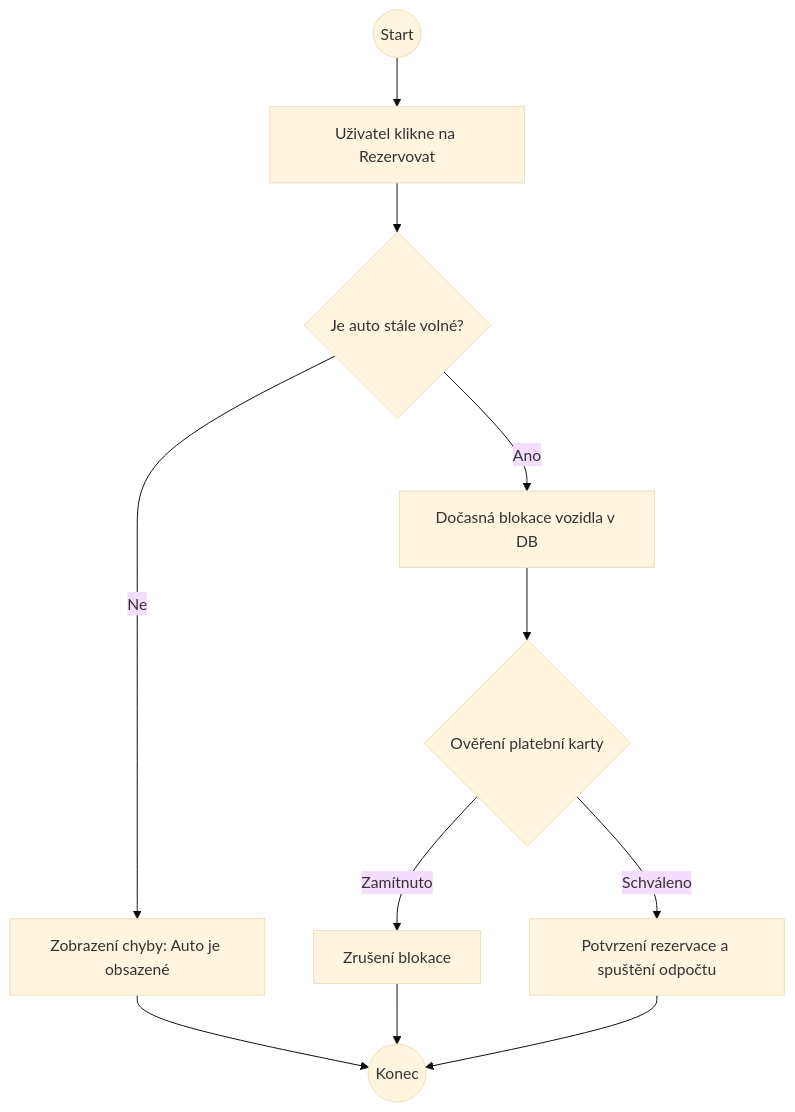
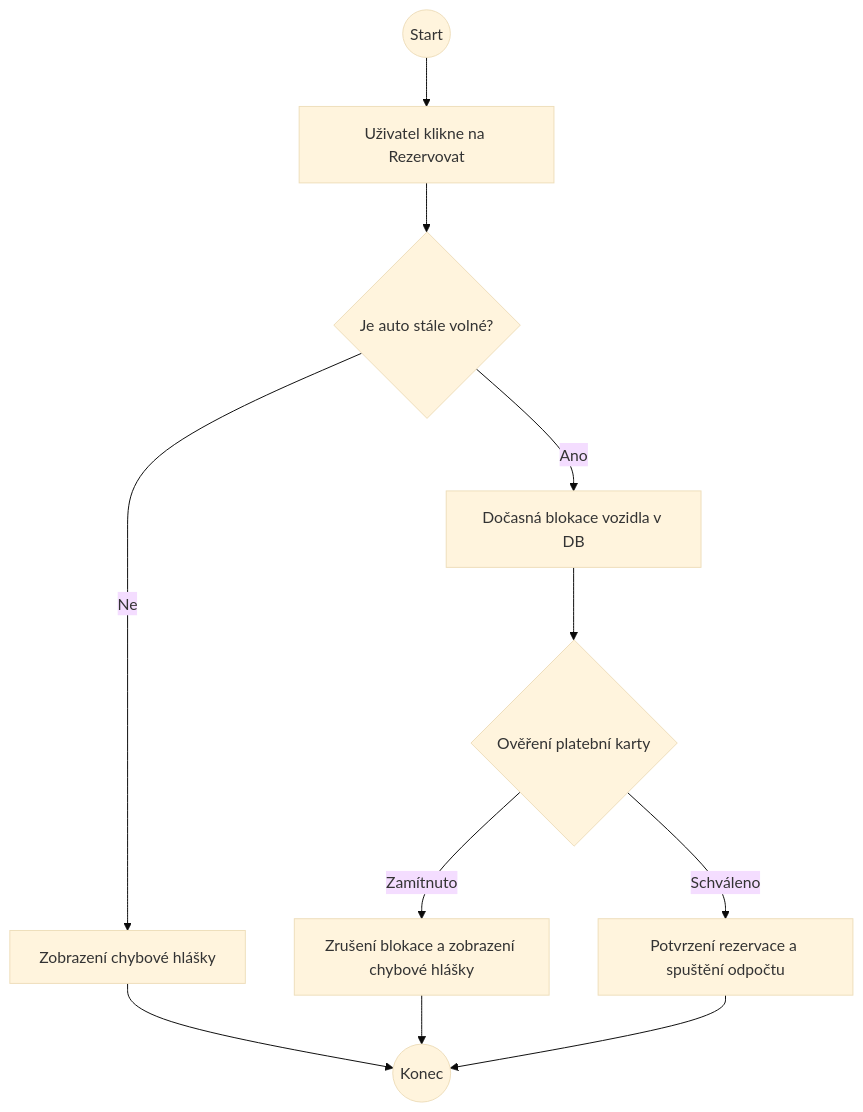
One commit to CrimsonRubyRose/KSWI changed the sixth of 14 diagrams in Full.md. Above: the diagram before and after it, drawn with Mermaid (base theme).

````diff
--- a/Full.md
+++ b/Full.md
@@ -64,13 +64,13 @@
 ```mermaid
 flowchart TD
     Start((Start)) --> Select[Uživatel klikne na Rezervovat]
     Select --> Check{Je auto stále volné?}
-    Check -- Ne --> Error[Zobrazení chyby: Auto je obsazené]
+    Check -- Ne --> Error[Zobrazení chybové hlášky]
     Check -- Ano --> Lock[Dočasná blokace vozidla v DB]
     Lock --> Pay{Ověření platební karty}
-    Pay -- Zamítnuto --> Cancel[Zrušení blokace]
+    Pay -- Zamítnuto --> Cancel[Zrušení blokace a zobrazení chybové hlášky]
     Pay -- Schváleno --> Confirm[Potvrzení rezervace a spuštění odpočtu]
     Confirm --> End((Konec))
     Error --> End
     Cancel --> End
 ```
````
